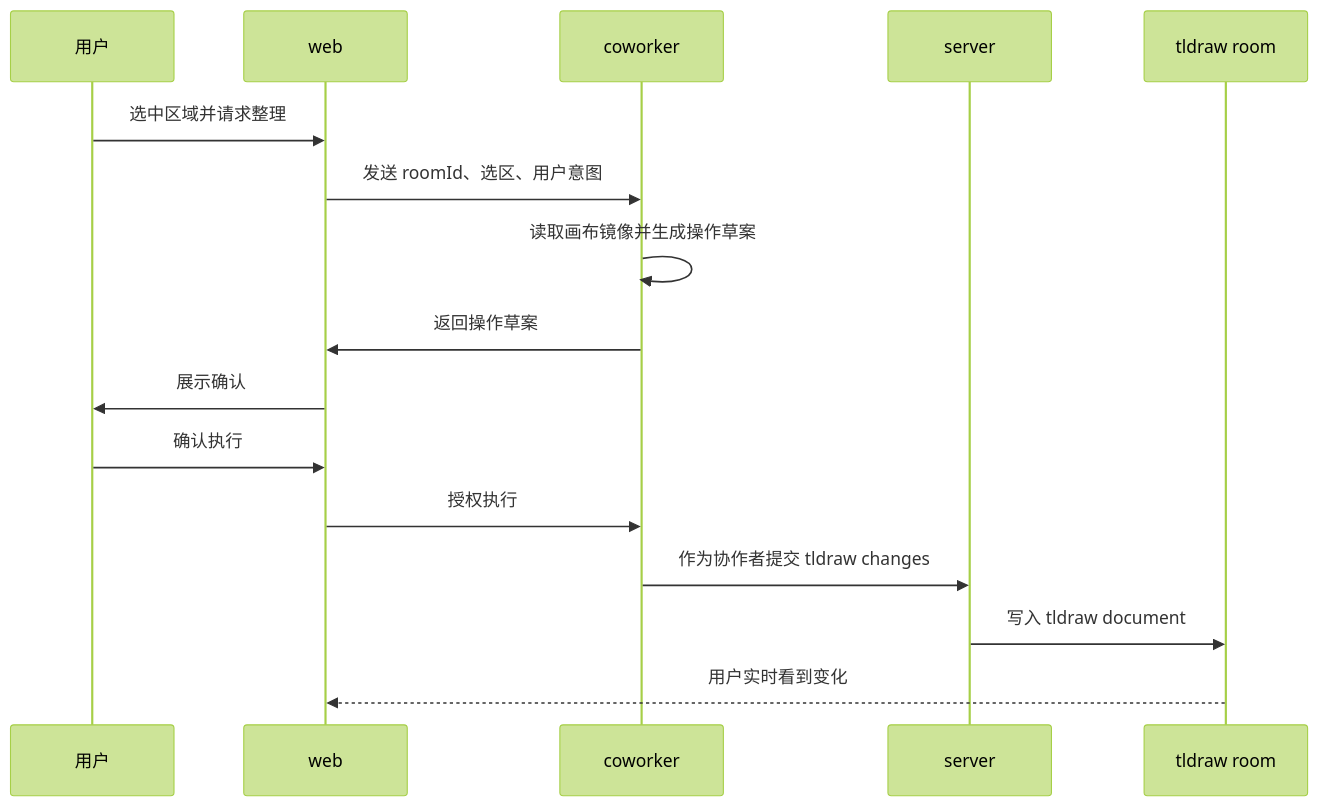
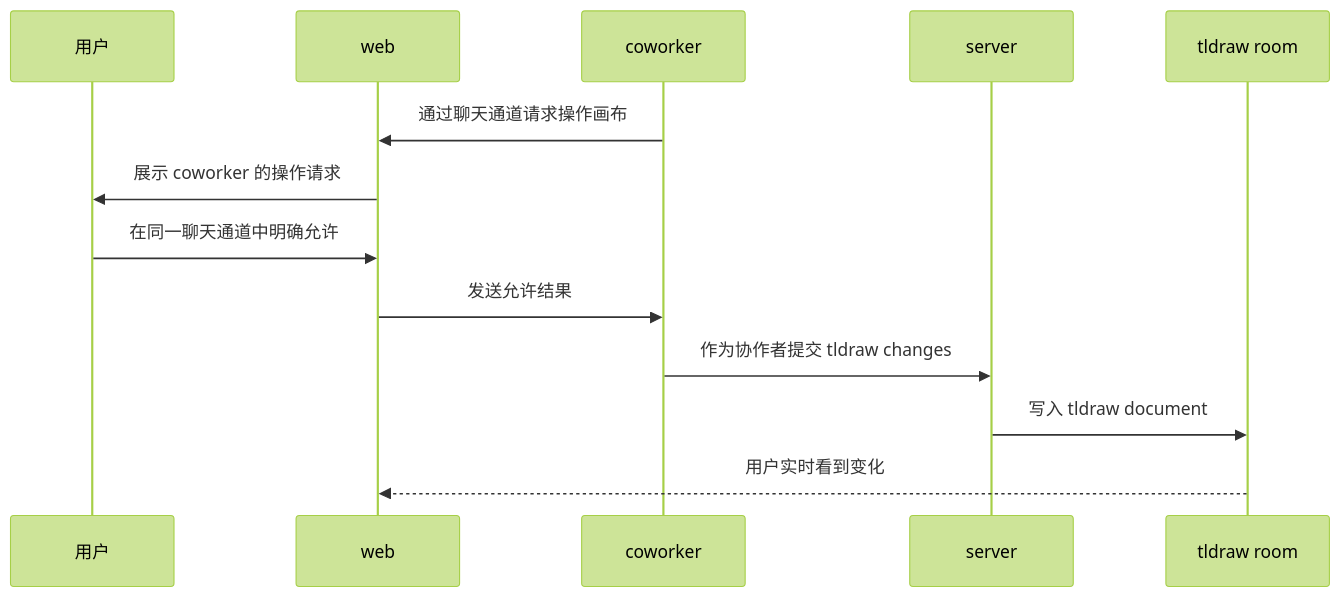
The eighth of 15 diagrams in specs/coworker-collaboration-architecture.md (williamChen26/drawless), drawn with Mermaid (forest theme) before and after one commit. The commit also changed other lines of this file and 11 other files, not shown here.

````diff
--- a/specs/coworker-collaboration-architecture.md
+++ b/specs/coworker-collaboration-architecture.md
@@ -458,19 +543,16 @@
 ```mermaid
 sequenceDiagram
   participant U as 用户
   participant W as web
   participant C as coworker
   participant S as server
   participant R as tldraw room
 
-  U->>W: 选中区域并请求整理
-  W->>C: 发送 roomId、选区、用户意图
-  C->>C: 读取画布镜像并生成操作草案
-  C->>W: 返回操作草案
-  W->>U: 展示确认
-  U->>W: 确认执行
-  W->>C: 授权执行
+  C->>W: 通过聊天通道请求操作画布
+  W->>U: 展示 coworker 的操作请求
+  U->>W: 在同一聊天通道中明确允许
+  W->>C: 发送允许结果
   C->>S: 作为协作者提交 tldraw changes
   S->>R: 写入 tldraw document
   R-->>W: 用户实时看到变化
 ```
````
